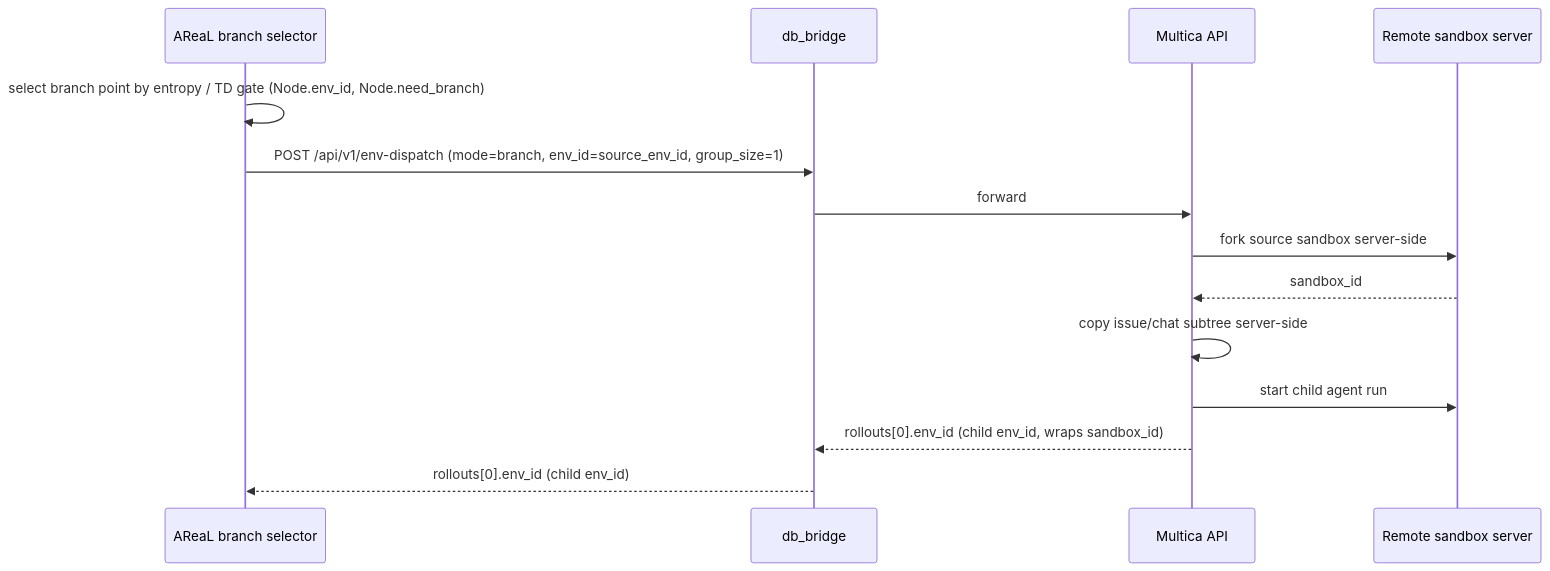
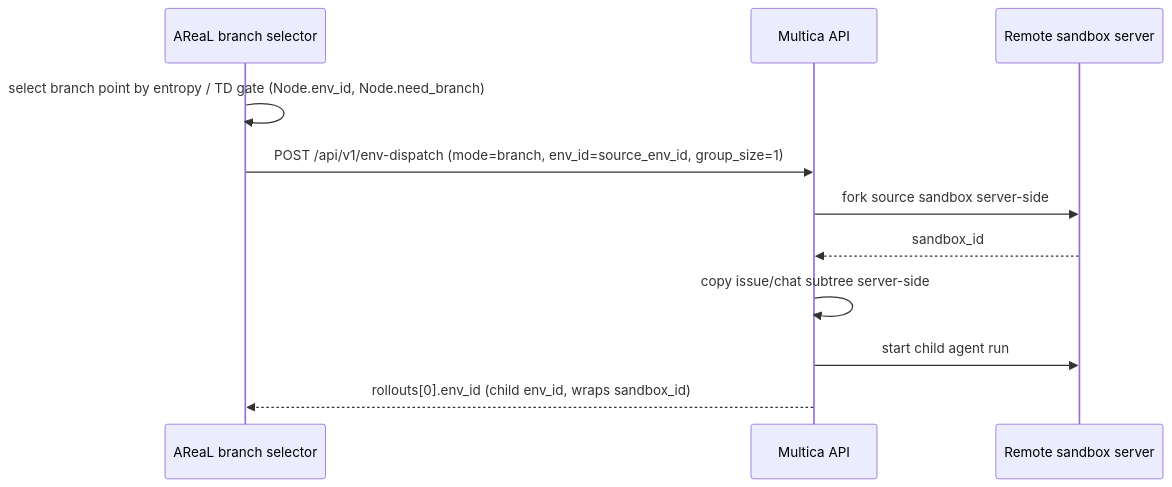
One commit to ketsuzhou/areal-ci changed the third of 3 diagrams in customized_areal/tree_search/agents/multica_environment_protocol.md. Above: the diagram before and after it, drawn with Mermaid. The commit also changed other lines of this file and 6 other files, not shown here.

````diff
--- a/customized_areal/tree_search/agents/multica_environment_protocol.md
+++ b/customized_areal/tree_search/agents/multica_environment_protocol.md
@@ -310,18 +303,15 @@
 ```mermaid
 sequenceDiagram
     participant A as AReaL branch selector
-    participant G as db_bridge
     participant M as Multica API
     participant S as Remote sandbox server
 
     A->>A: select branch point by entropy / TD gate (Node.env_id, Node.need_branch)
 
-    A->>G: POST /api/v1/env-dispatch (mode=branch, env_id=source_env_id, group_size=1)
-    G->>M: forward
+    A->>M: POST /api/v1/env-dispatch (mode=branch, env_id=source_env_id, group_size=1)
     M->>S: fork source sandbox server-side
     S-->>M: sandbox_id
     M->>M: copy issue/chat subtree server-side
     M->>S: start child agent run
-    M-->>G: rollouts[0].env_id (child env_id, wraps sandbox_id)
-    G-->>A: rollouts[0].env_id (child env_id)
+    M-->>A: rollouts[0].env_id (child env_id, wraps sandbox_id)
 ```
````
